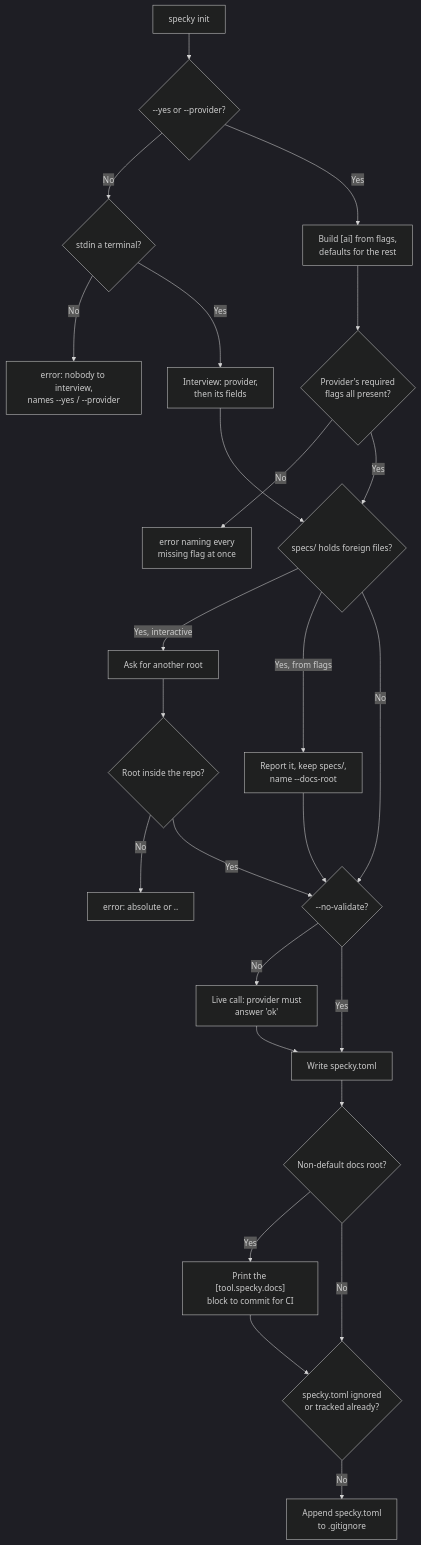
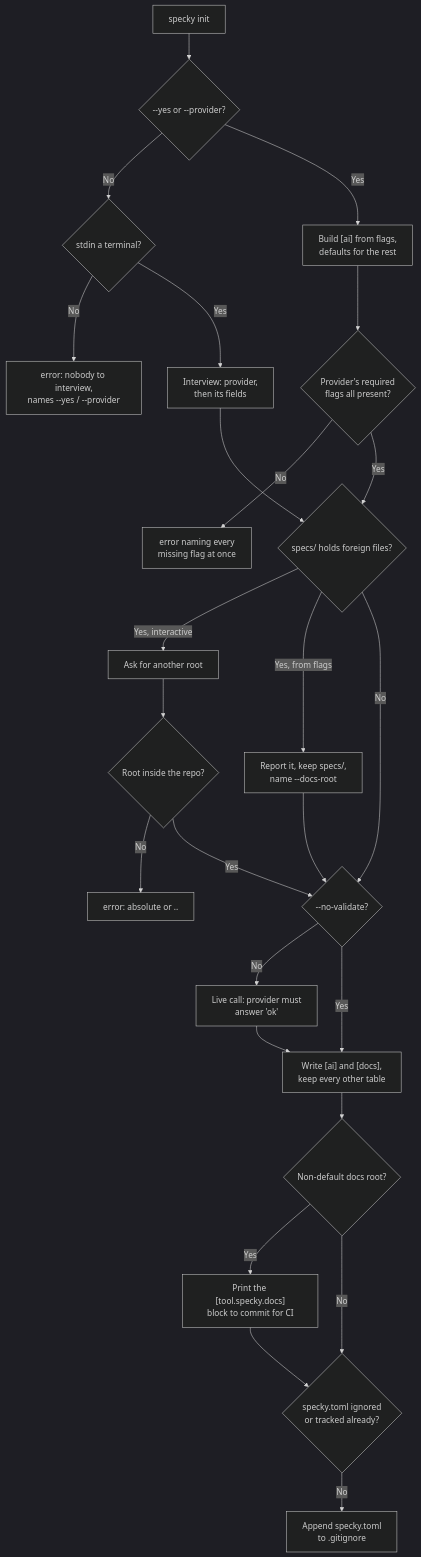
The diagram in specs/cli/init.md (danyyacoub/specky), drawn with Mermaid (dark theme) before and after one commit. The commit also changed other lines of this file and 2 other files, not shown here.

Commit message:
fix(cli): keep other specky.toml tables when init rewrites it

````diff
--- a/specs/cli/init.md
+++ b/specs/cli/init.md
@@ -66,27 +71,27 @@
 ```mermaid
 flowchart TD
     A["specky init"] --> B{"--yes or --provider?"}
     B -->|No| C{"stdin a terminal?"}
     C -->|No| D["error: nobody to interview,<br/>names --yes / --provider"]
     C -->|Yes| E["Interview: provider,<br/>then its fields"]
     B -->|Yes| F["Build [ai] from flags,<br/>defaults for the rest"]
     F --> G{"Provider's required<br/>flags all present?"}
     G -->|No| H["error naming every<br/>missing flag at once"]
     E --> I{"specs/ holds foreign files?"}
     G -->|Yes| I
     I -->|Yes, interactive| J["Ask for another root"]
     I -->|Yes, from flags| K["Report it, keep specs/,<br/>name --docs-root"]
     I -->|No| L
     J --> M{"Root inside the repo?"}
     M -->|No| N["error: absolute or .."]
     M -->|Yes| L
     K --> L{"--no-validate?"}
     L -->|No| O["Live call: provider must<br/>answer 'ok'"]
     L -->|Yes| P
-    O --> P["Write specky.toml"]
+    O --> P["Write [ai] and [docs],<br/>keep every other table"]
     P --> Q{"Non-default docs root?"}
     Q -->|Yes| R["Print the [tool.specky.docs]<br/>block to commit for CI"]
     Q -->|No| S
     R --> S{"specky.toml ignored<br/>or tracked already?"}
     S -->|No| T["Append specky.toml<br/>to .gitignore"]
 ```
````
